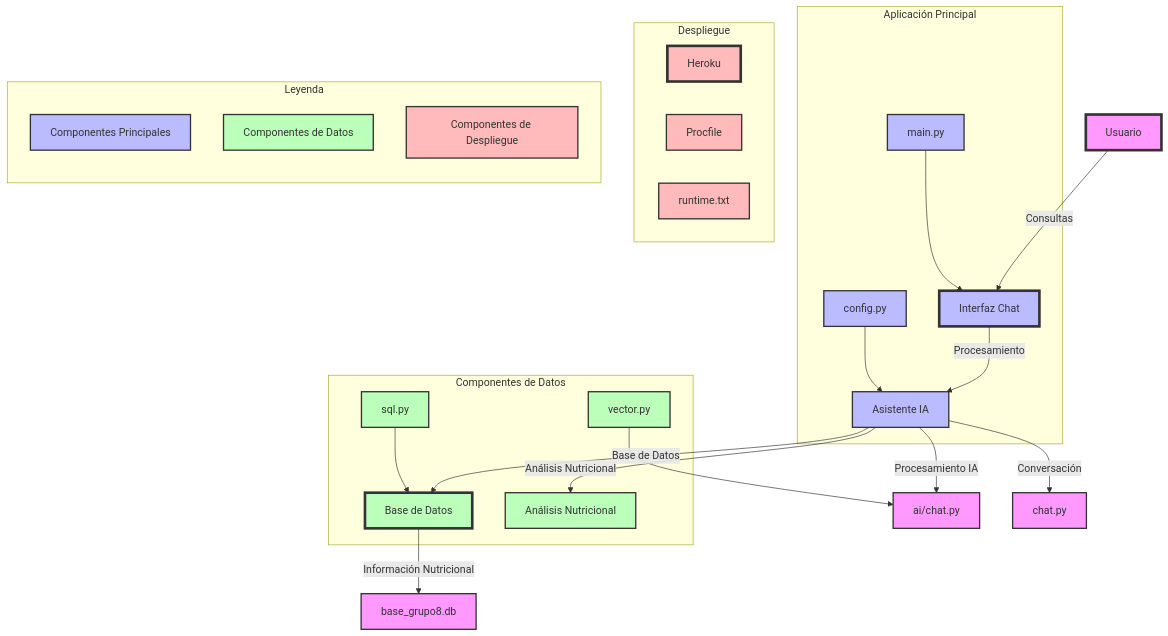
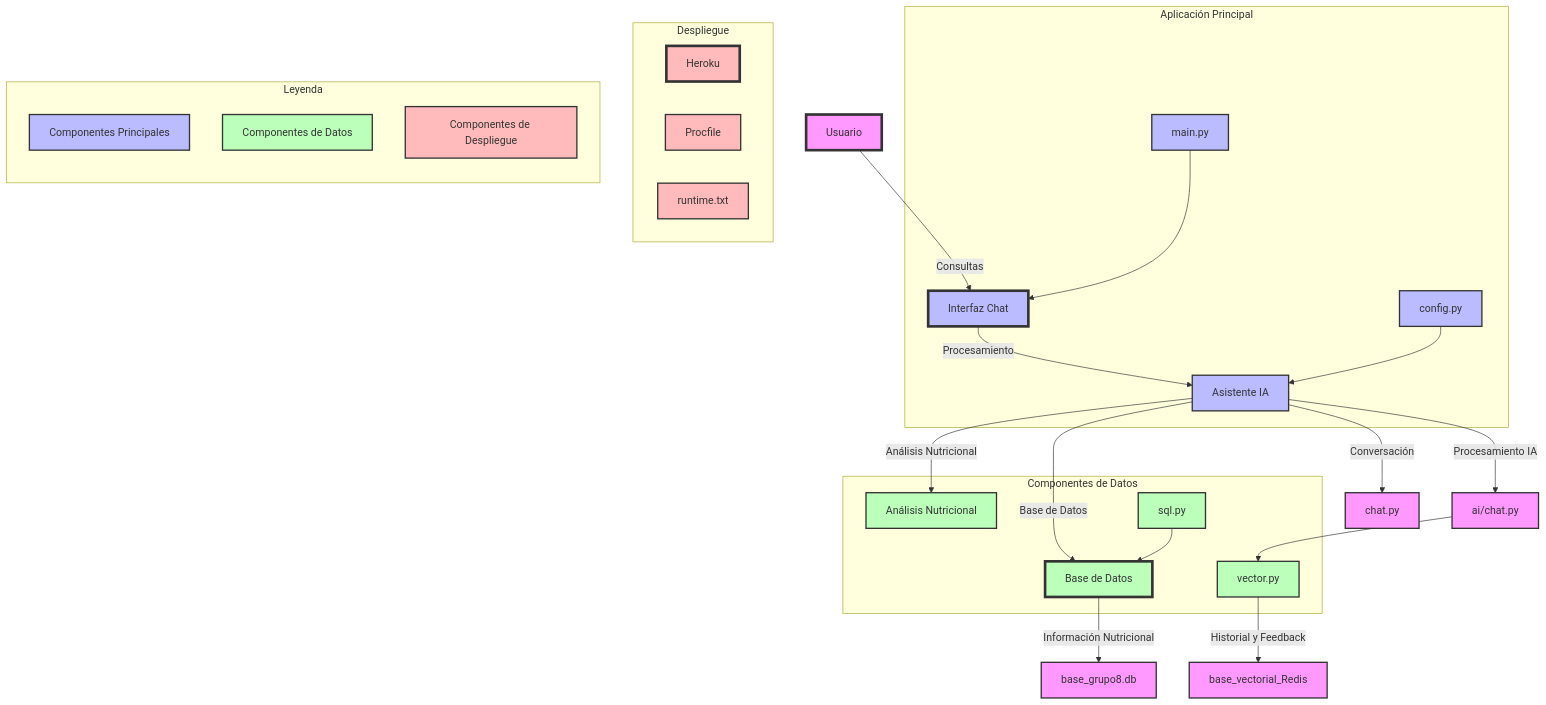
One commit to leorojascas/Grupo8 changed the diagram in architecture.md. Above: the diagram before and after it, drawn with Mermaid.

````diff
--- a/architecture.md
+++ b/architecture.md
@@ -1,71 +1,72 @@
 ```mermaid
 graph TD
     %% Nodes
     User[Usuario] -->|Consultas| ChatInterface[Interfaz Chat]
     ChatInterface -->|Procesamiento| AIAssistant[Asistente IA]
     AIAssistant -->|Base de Datos| Database[Base de Datos]
     AIAssistant -->|Análisis Nutricional| NutrientAnalysis[Análisis Nutricional]
 
     %% Subgraphs
     subgraph Aplicación Principal
         ChatInterface
         AIAssistant
         EntryPoint[main.py]
         AppConfig[config.py]
     end
 
     subgraph Componentes de Datos
         Database
         NutrientAnalysis
         SQLModule[sql.py]
         VectorProcessor[vector.py]
     end
 
     %% Database Details
     Database -->|Información Nutricional| Config[base_grupo8.db]
     SQLModule --> Database
-    VectorProcessor --> AILogic
+    VectorProcessor --> |Historial y Feedback| Confíg[base_vectorial_Redis]
+    AILogic --> VectorProcessor
 
     %% AI Components
     AIAssistant -->|Conversación| ChatLogic[chat.py]
     AIAssistant -->|Procesamiento IA| AILogic[ai/chat.py]
 
     %% Entry point y configuración
     EntryPoint --> ChatInterface
     AppConfig --> AIAssistant
 
     %% Deployment
     subgraph Despliegue
         Heroku[Heroku]
         Procfile[Procfile]
         Runtime[runtime.txt]
     end
 
     %% Styling
     classDef default fill:#f9f,stroke:#333,stroke-width:2px
     classDef primary fill:#bbf,stroke:#333,stroke-width:2px
     classDef data fill:#bfb,stroke:#333,stroke-width:2px
     classDef deployment fill:#fbb,stroke:#333,stroke-width:2px
 
     class User,ChatInterface,AIAssistant,EntryPoint,AppConfig primary
     class Database,NutrientAnalysis,SQLModule,VectorProcessor data
     class Heroku,Procfile,Runtime deployment
 
     %% Legend
     subgraph Leyenda
         direction TB
         Primary[Componentes Principales]
         Data[Componentes de Datos]
         Deployment[Componentes de Despliegue]
     end
 
     class Primary primary
     class Data data
     class Deployment deployment
 
     %% Connections
     style User fill:#f9f,stroke:#333,stroke-width:4px
     style ChatInterface fill:#bbf,stroke:#333,stroke-width:4px
     style Database fill:#bfb,stroke:#333,stroke-width:4px
     style Heroku fill:#fbb,stroke:#333,stroke-width:4px
 ```
````
